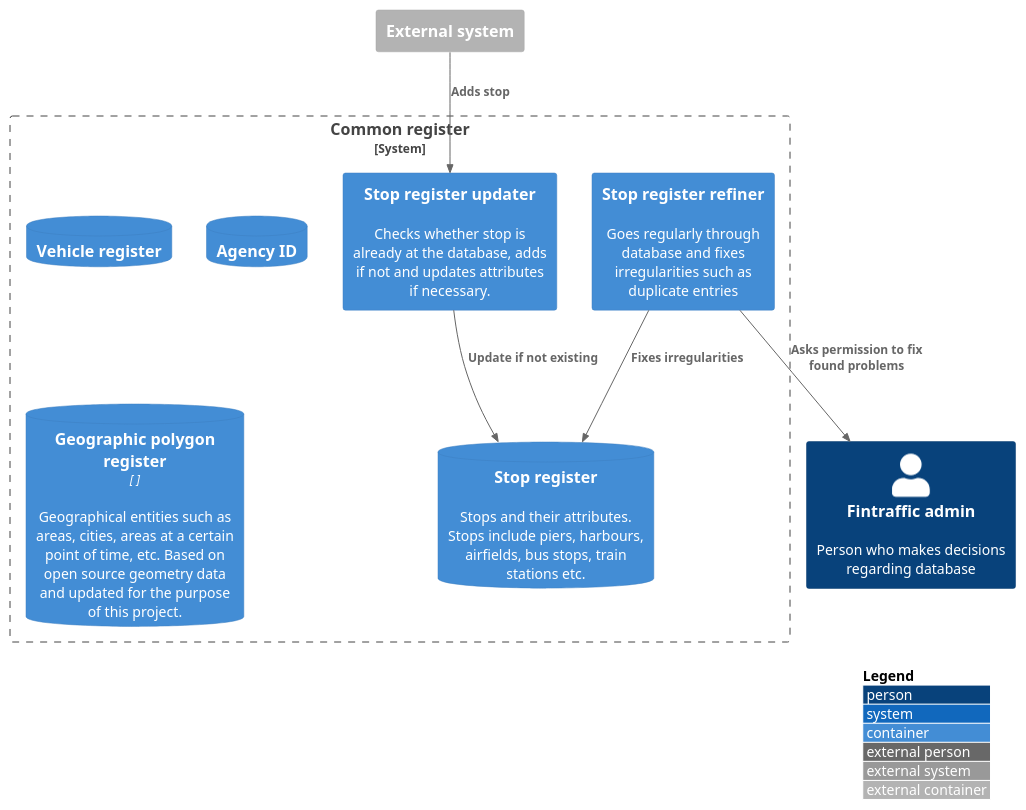
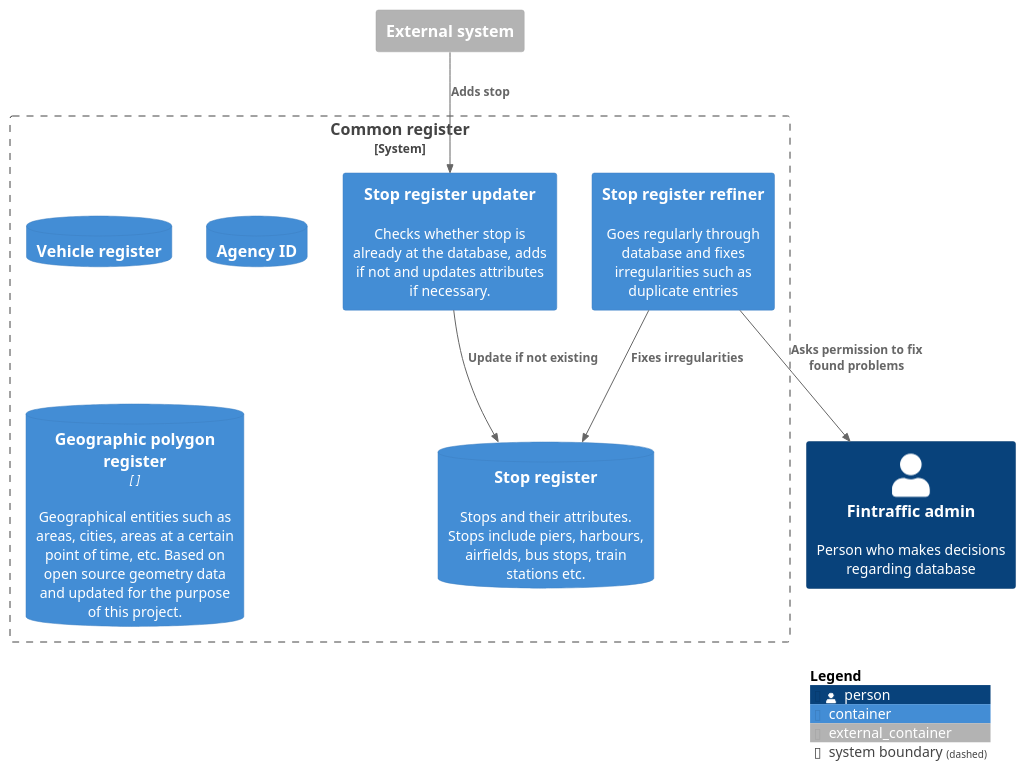
The diagram in architecture/tis/c4/l2_container_commonregister.puml (tmfg/digitraffic-tis-utilities), drawn with PlantUML before and after one commit. The commit also changed 7 other files, not shown here.

Commit message:
unify legend rendering between all c4 diagrams

```diff
--- a/architecture/tis/c4/l2_container_commonregister.puml
+++ b/architecture/tis/c4/l2_container_commonregister.puml
@@ -1,26 +1,26 @@
 @startuml Common register
 !include https://raw.githubusercontent.com/plantuml-stdlib/C4-PlantUML/master/C4_Container.puml
 
 LAYOUT_TOP_DOWN()
-LAYOUT_WITH_LEGEND()
- 
+
 Container_Ext(ext1,"External system")
 
 Person(a1,"Fintraffic admin","Person who makes decisions regarding database")
 
 System_Boundary(s1,"Common register") {
     ContainerDb(stop,"Stop register","","Stops and their attributes. Stops include piers, harbours, airfields, bus stops, train stations etc.")
     ContainerDb(vehicle,"Vehicle register")
     ContainerDb(companyid,"Agency ID")
     ContainerDb(geo,"Geographic polygon register"," ","Geographical entities such as areas, cities, areas at a certain point of time, etc. Based on open source geometry data and updated for the purpose of this project.")
 
     Container(stopclean,"Stop register refiner","","Goes regularly through database and fixes irregularities such as duplicate entries")
     Container(stopadd,"Stop register updater","","Checks whether stop is already at the database, adds if not and updates attributes if necessary.")
 }
 
 Rel(ext1,stopadd,"Adds stop")
 Rel(stopadd,stop,"Update if not existing")
 Rel(stopclean,stop,"Fixes irregularities")
 Rel(stopclean,a1,"Asks permission to fix found problems")
 
-@enduml 
+SHOW_LEGEND()
+@enduml
```
